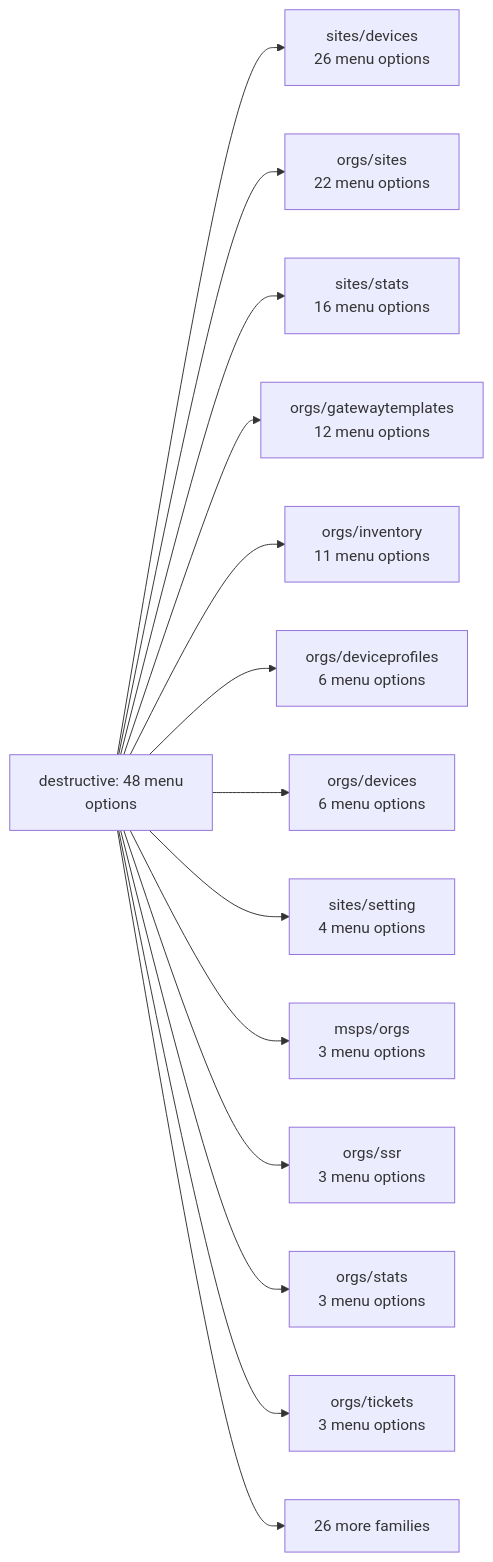
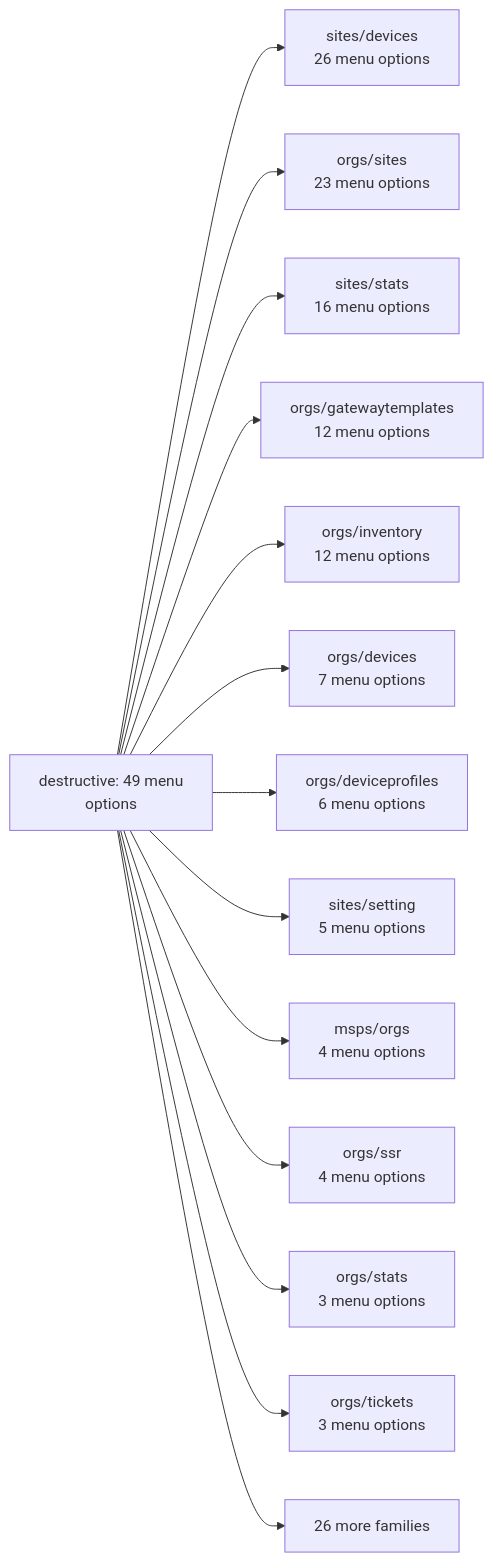
Before and after one commit to jmorrison-juniper/MistHelper: the first of 32 diagrams in documentation/menu-api/destructive.md, drawn with Mermaid. The commit also changed other lines of this file and 45 other files, not shown here.

````diff
--- a/documentation/menu-api/destructive.md
+++ b/documentation/menu-api/destructive.md
@@ -19,17 +19,17 @@
 ```mermaid
 flowchart LR
-    root["destructive: 48 menu<br/>options"]
+    root["destructive: 49 menu<br/>options"]
     root --> f_sites_devices["sites/devices<br/>26 menu options"]
-    root --> f_orgs_sites["orgs/sites<br/>22 menu options"]
+    root --> f_orgs_sites["orgs/sites<br/>23 menu options"]
     root --> f_sites_stats["sites/stats<br/>16 menu options"]
     root --> f_orgs_gatewaytemplates["orgs/gatewaytemplates<br/>12 menu options"]
-    root --> f_orgs_inventory["orgs/inventory<br/>11 menu options"]
+    root --> f_orgs_inventory["orgs/inventory<br/>12 menu options"]
+    root --> f_orgs_devices["orgs/devices<br/>7 menu options"]
     root --> f_orgs_deviceprofiles["orgs/deviceprofiles<br/>6 menu options"]
-    root --> f_orgs_devices["orgs/devices<br/>6 menu options"]
-    root --> f_sites_setting["sites/setting<br/>4 menu options"]
-    root --> f_msps_orgs["msps/orgs<br/>3 menu options"]
-    root --> f_orgs_ssr["orgs/ssr<br/>3 menu options"]
+    root --> f_sites_setting["sites/setting<br/>5 menu options"]
+    root --> f_msps_orgs["msps/orgs<br/>4 menu options"]
+    root --> f_orgs_ssr["orgs/ssr<br/>4 menu options"]
     root --> f_orgs_stats["orgs/stats<br/>3 menu options"]
     root --> f_orgs_tickets["orgs/tickets<br/>3 menu options"]
     root --> more["26 more families"]
 ```
````
